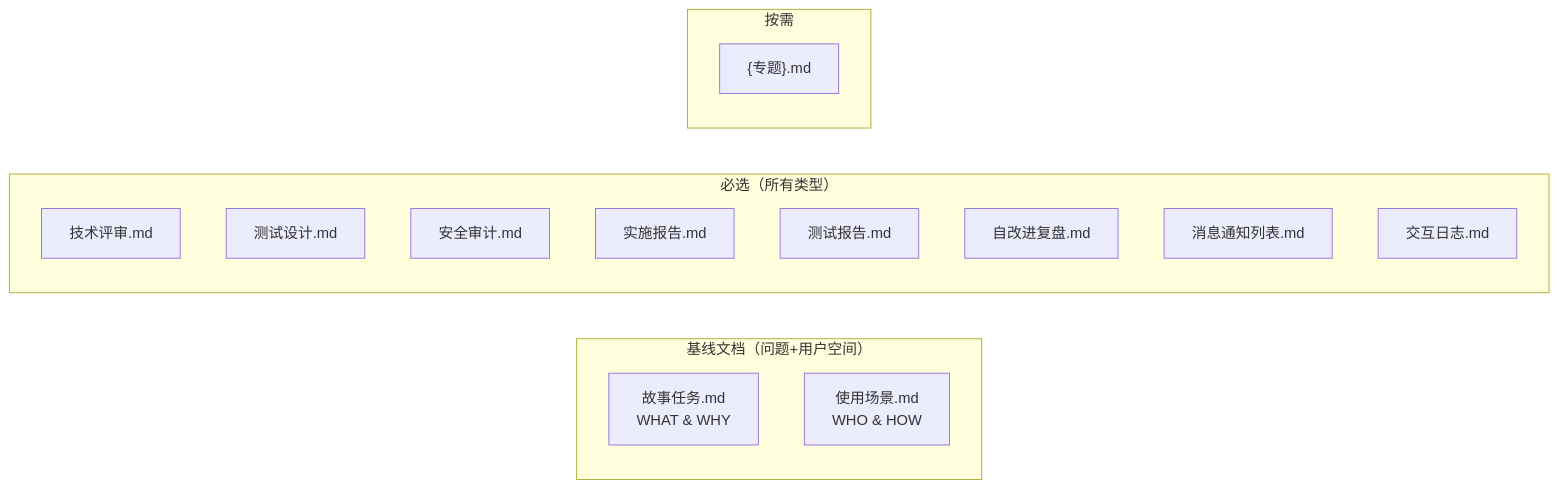
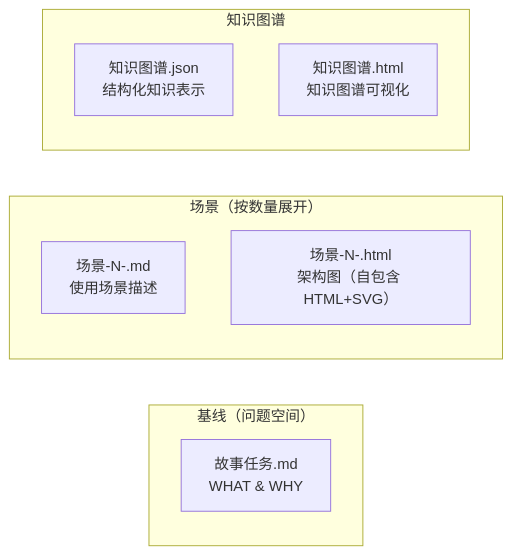
Before and after one commit to effiy/YrY: the first of 5 diagrams in skills/rui/coder.md, drawn with Mermaid. The commit also changed other lines of this file and 37 other files, not shown here.

````diff
--- a/skills/rui/coder.md
+++ b/skills/rui/coder.md
@@ -20,21 +20,15 @@
 ```mermaid
 flowchart LR
-    subgraph 基线["基线文档（问题+用户空间）"]
+    subgraph 基线["基线（问题空间）"]
         B1["故事任务.md<br/>WHAT & WHY"]:::baseline
-        B2["使用场景.md<br/>WHO & HOW"]:::baseline
     end
-    subgraph 必选["必选（所有类型）"]
-        C1["技术评审.md"]:::must
-        C2["测试设计.md"]:::must
-        C3["安全审计.md"]:::must
-        C4["实施报告.md"]:::must
-        C5["测试报告.md"]:::must
-        C6["自改进复盘.md"]:::must
-        C7["消息通知列表.md"]:::must
-        C8["交互日志.md"]:::must
+    subgraph 场景["场景（按数量展开）"]
+        S1["场景-N-.md<br/>使用场景描述"]:::scene
+        S2["场景-N-.html<br/>架构图（自包含 HTML+SVG）"]:::scene
     end
-    subgraph 补充["按需"]
-        E1["{专题}.md"]:::supp
+    subgraph 知识["知识图谱"]
+        K1["知识图谱.json<br/>结构化知识表示"]:::kg
+        K2["知识图谱.html<br/>知识图谱可视化"]:::kg
     end
 
 ```
````
